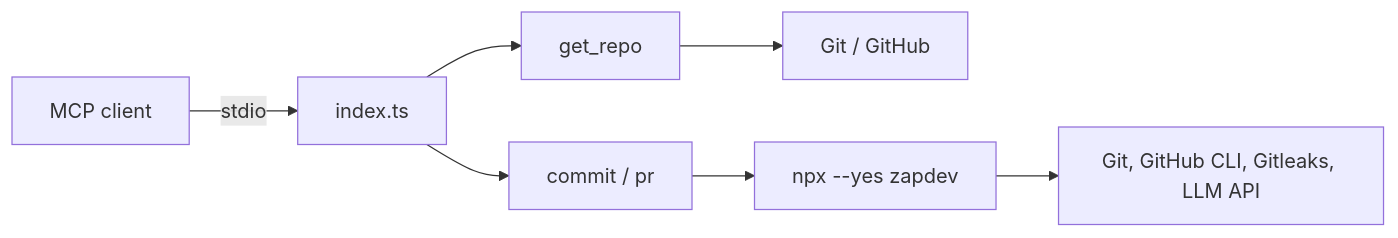
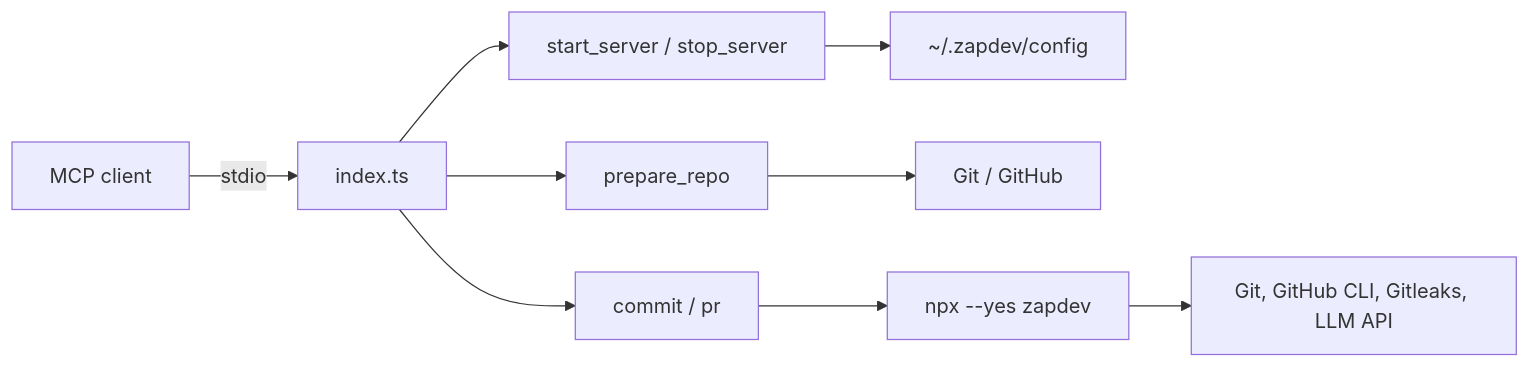
Before and after one commit to mvagnon/zapdev-mcp: the diagram in README.md, drawn with Mermaid. The commit also changed other lines of this file and 4 other files, not shown here.

Commit message:
feat(repos): Add repositories and servers modules to prepare repos and manage start/stop server tooling.

````diff
--- a/README.md
+++ b/README.md
@@ -21,9 +22,11 @@
 ```mermaid
 flowchart LR
   Client["MCP client"] -->|stdio| Server["index.ts"]
-  Server --> Repos["get_repo"]
+  Server --> Repos["prepare_repo"]
+  Server --> Servers["start_server / stop_server"]
+  Servers --> Config["~/.zapdev/config"]
   Server --> Commands["commit / pr"]
   Repos --> Git["Git / GitHub"]
   Commands --> CLI["npx --yes zapdev"]
   CLI --> Tools["Git, GitHub CLI, Gitleaks, LLM API"]
 ```
````
